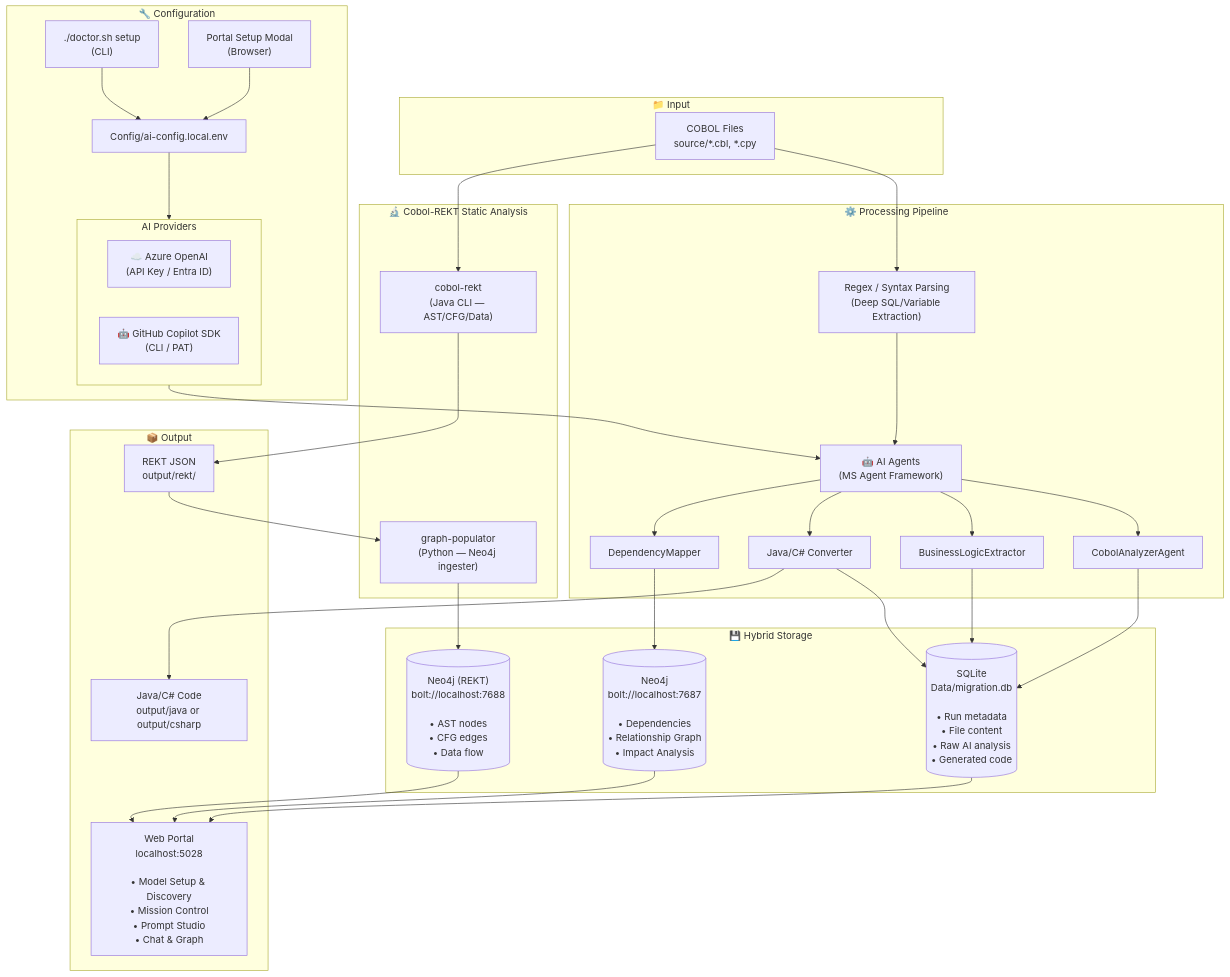
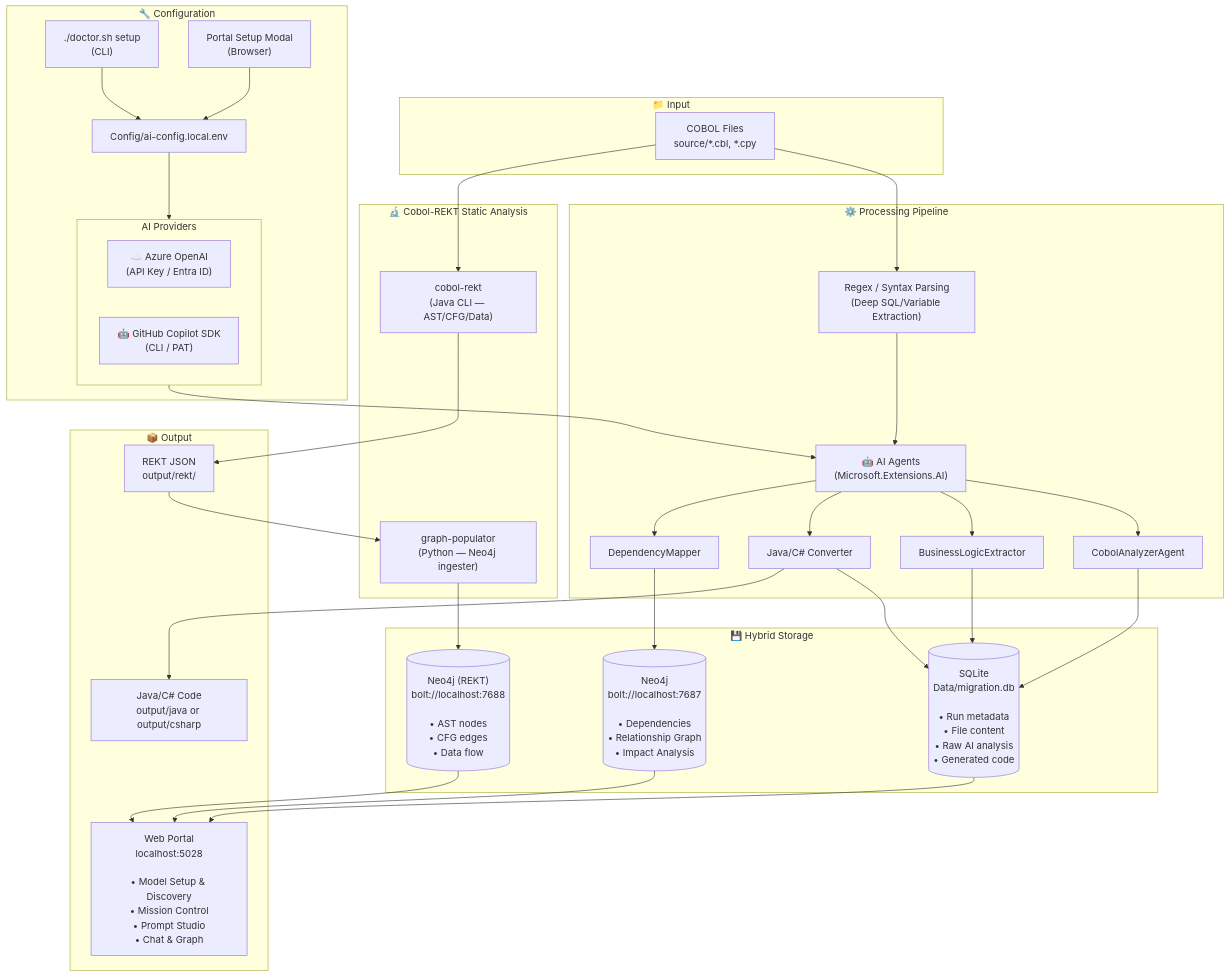
Before and after one commit to Azure-Samples/Legacy-Modernization-Agents: the first of 6 diagrams in README.md, drawn with Mermaid. The commit also changed other lines of this file, not shown here.

Commit message:
docs: replace Microsoft Agent Framework references with Microsoft.Extensions.AI

````diff
--- a/README.md
+++ b/README.md
@@ -596,68 +595,68 @@
 ```mermaid
 flowchart TB
     subgraph INPUT["📁 Input"]
         COBOL["COBOL Files<br/>source/*.cbl, *.cpy"]
     end
     
     subgraph CONFIG["🔧 Configuration"]
         SETUP_CLI["./doctor.sh setup<br/>(CLI)"]
         SETUP_PORTAL["Portal Setup Modal<br/>(Browser)"]
         SETUP_CLI --> CONFIG_FILE["Config/ai-config.local.env"]
         SETUP_PORTAL --> CONFIG_FILE
         CONFIG_FILE --> PROVIDERS
         subgraph PROVIDERS["AI Providers"]
             AZURE["☁️ Azure OpenAI<br/>(API Key / Entra ID)"]
             COPILOT["🤖 GitHub Copilot SDK<br/>(CLI / PAT)"]
         end
     end
 
     subgraph PROCESS["⚙️ Processing Pipeline"]
         REGEX["Regex / Syntax Parsing<br/>(Deep SQL/Variable Extraction)"]
-        AGENTS["🤖 AI Agents<br/>(MS Agent Framework)"]
+        AGENTS["🤖 AI Agents<br/>(Microsoft.Extensions.AI)"]
         ANALYZER["CobolAnalyzerAgent"]
         EXTRACTOR["BusinessLogicExtractor"]
         CONVERTER["Java/C# Converter"]
         MAPPER["DependencyMapper"]
     end
 
     subgraph REKT["🔬 Cobol-REKT Static Analysis"]
         REKT_CLI["cobol-rekt<br/>(Java CLI — AST/CFG/Data)"]
         REKT_POP["graph-populator<br/>(Python — Neo4j ingester)"]
     end
     
     subgraph STORAGE["💾 Hybrid Storage"]
         SQLITE[("SQLite<br/>Data/migration.db<br/><br/>• Run metadata<br/>• File content<br/>• Raw AI analysis<br/>• Generated code")]
         NEO4J[("Neo4j<br/>bolt://localhost:7687<br/><br/>• Dependencies<br/>• Relationship Graph<br/>• Impact Analysis")]
         REKT_NEO4J[("Neo4j (REKT)<br/>bolt://localhost:7688<br/><br/>• AST nodes<br/>• CFG edges<br/>• Data flow")]
     end
     
     subgraph OUTPUT["📦 Output"]
         CODE["Java/C# Code<br/>output/java or output/csharp"]
         REKT_JSON["REKT JSON<br/>output/rekt/"]
         PORTAL["Web Portal<br/>localhost:5028<br/><br/>• Model Setup &amp; Discovery<br/>• Mission Control<br/>• Prompt Studio<br/>• Chat &amp; Graph"]
     end
     
     COBOL --> REGEX
     COBOL --> REKT_CLI
     REGEX --> AGENTS
     PROVIDERS --> AGENTS
     
     AGENTS --> ANALYZER
     AGENTS --> EXTRACTOR
     AGENTS --> CONVERTER
     AGENTS --> MAPPER
     
     ANALYZER --> SQLITE
     EXTRACTOR --> SQLITE
     CONVERTER --> SQLITE
     CONVERTER --> CODE
     MAPPER --> NEO4J
 
     REKT_CLI --> REKT_JSON
     REKT_JSON --> REKT_POP
     REKT_POP --> REKT_NEO4J
     
     SQLITE --> PORTAL
     NEO4J --> PORTAL
     REKT_NEO4J --> PORTAL
 ```
````
